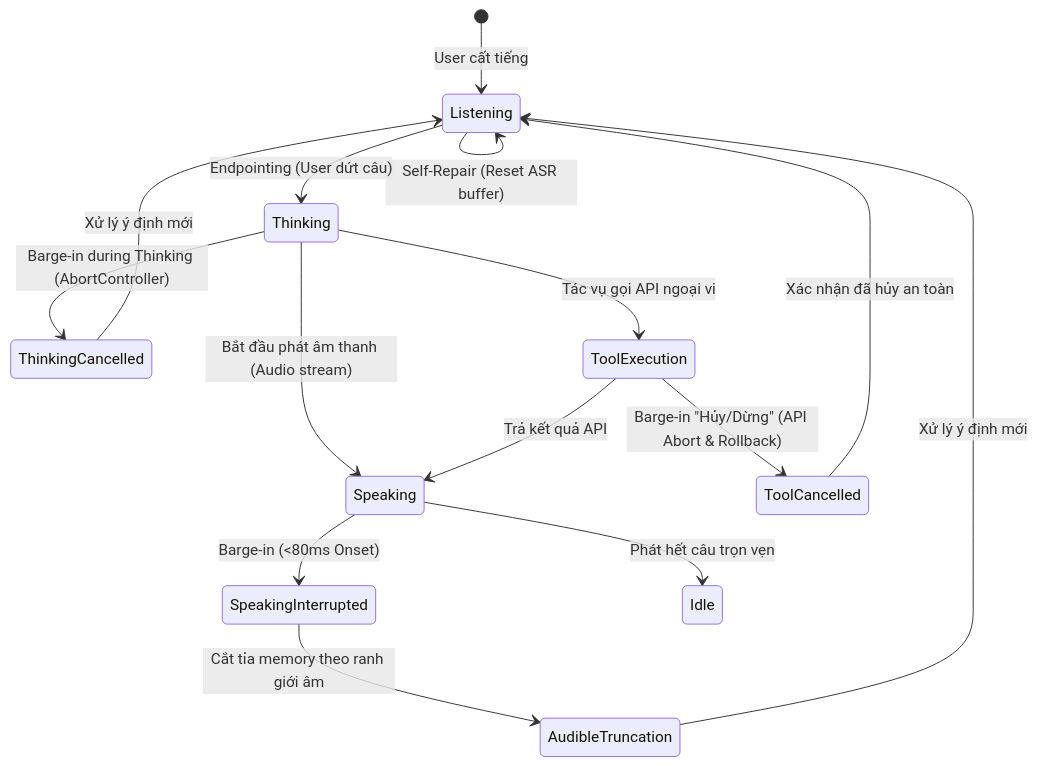
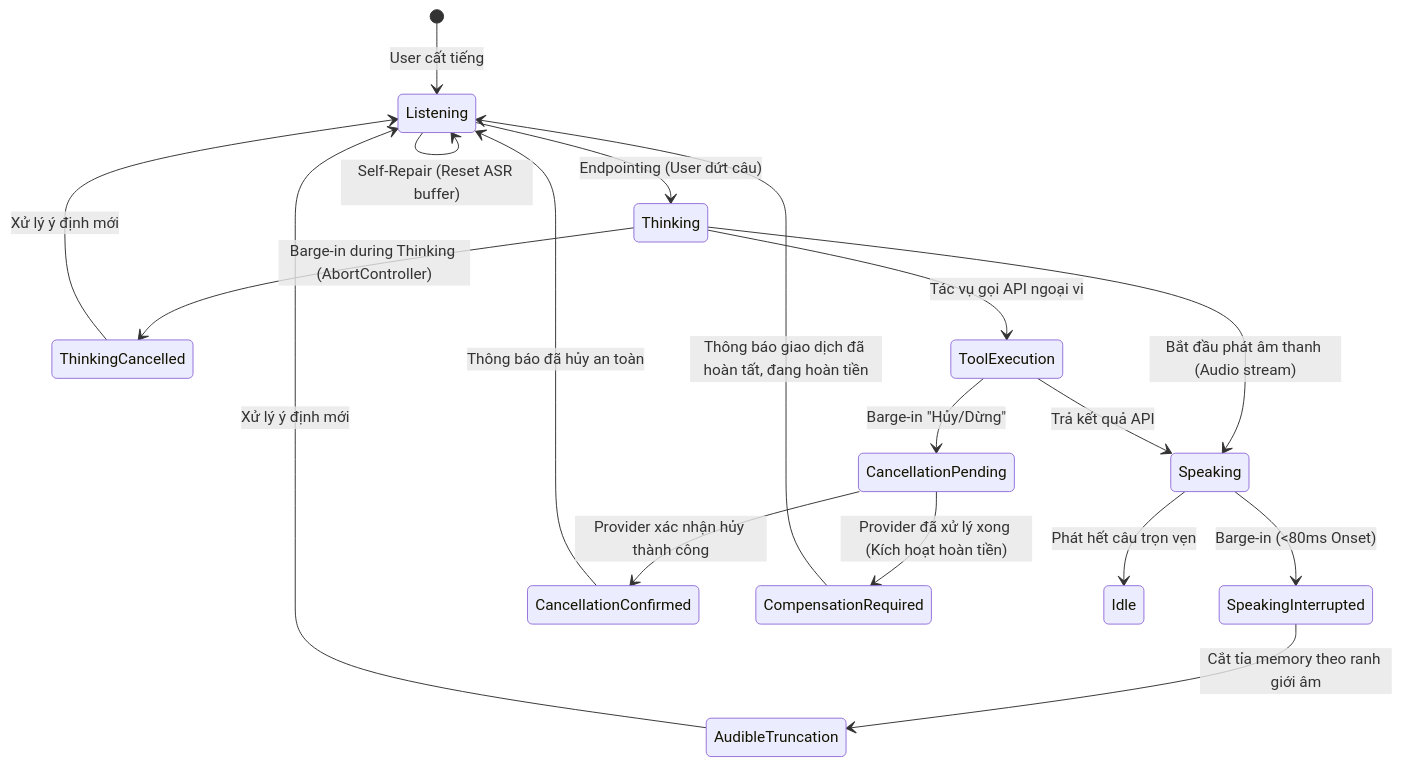
Before and after one commit to jangtrinh/design-os-voice-ux: the first of 2 diagrams in 02-interaction-patterns/turn-taking-and-barge-in.md, drawn with Mermaid. The commit also changed other lines of this file and 1 other file, not shown here.

Commit message:
fix(review): reconcile external cancellation and measure acoustic playback latency

````diff
--- a/02-interaction-patterns/turn-taking-and-barge-in.md
+++ b/02-interaction-patterns/turn-taking-and-barge-in.md
@@ -32,21 +32,24 @@
 ```mermaid
 stateDiagram-v2
     [*] --> Listening: User cất tiếng
     Listening --> Listening: Self-Repair (Reset ASR buffer)
     Listening --> Thinking: Endpointing (User dứt câu)
-    
+
     Thinking --> ThinkingCancelled: Barge-in during Thinking (AbortController)
     ThinkingCancelled --> Listening: Xử lý ý định mới
-    
+
     Thinking --> Speaking: Bắt đầu phát âm thanh (Audio stream)
     Speaking --> SpeakingInterrupted: Barge-in (<80ms Onset)
     SpeakingInterrupted --> AudibleTruncation: Cắt tỉa memory theo ranh giới âm
     AudibleTruncation --> Listening: Xử lý ý định mới
-    
+
     Thinking --> ToolExecution: Tác vụ gọi API ngoại vi
-    ToolExecution --> ToolCancelled: Barge-in "Hủy/Dừng" (API Abort & Rollback)
-    ToolCancelled --> Listening: Xác nhận đã hủy an toàn
-    
+    ToolExecution --> CancellationPending: Barge-in "Hủy/Dừng"
+    CancellationPending --> CancellationConfirmed: Provider xác nhận hủy thành công
+    CancellationPending --> CompensationRequired: Provider đã xử lý xong (Kích hoạt hoàn tiền)
+    CancellationConfirmed --> Listening: Thông báo đã hủy an toàn
+    CompensationRequired --> Listening: Thông báo giao dịch đã hoàn tất, đang hoàn tiền
+
     Speaking --> Idle: Phát hết câu trọn vẹn
     ToolExecution --> Speaking: Trả kết quả API
 ```
````
